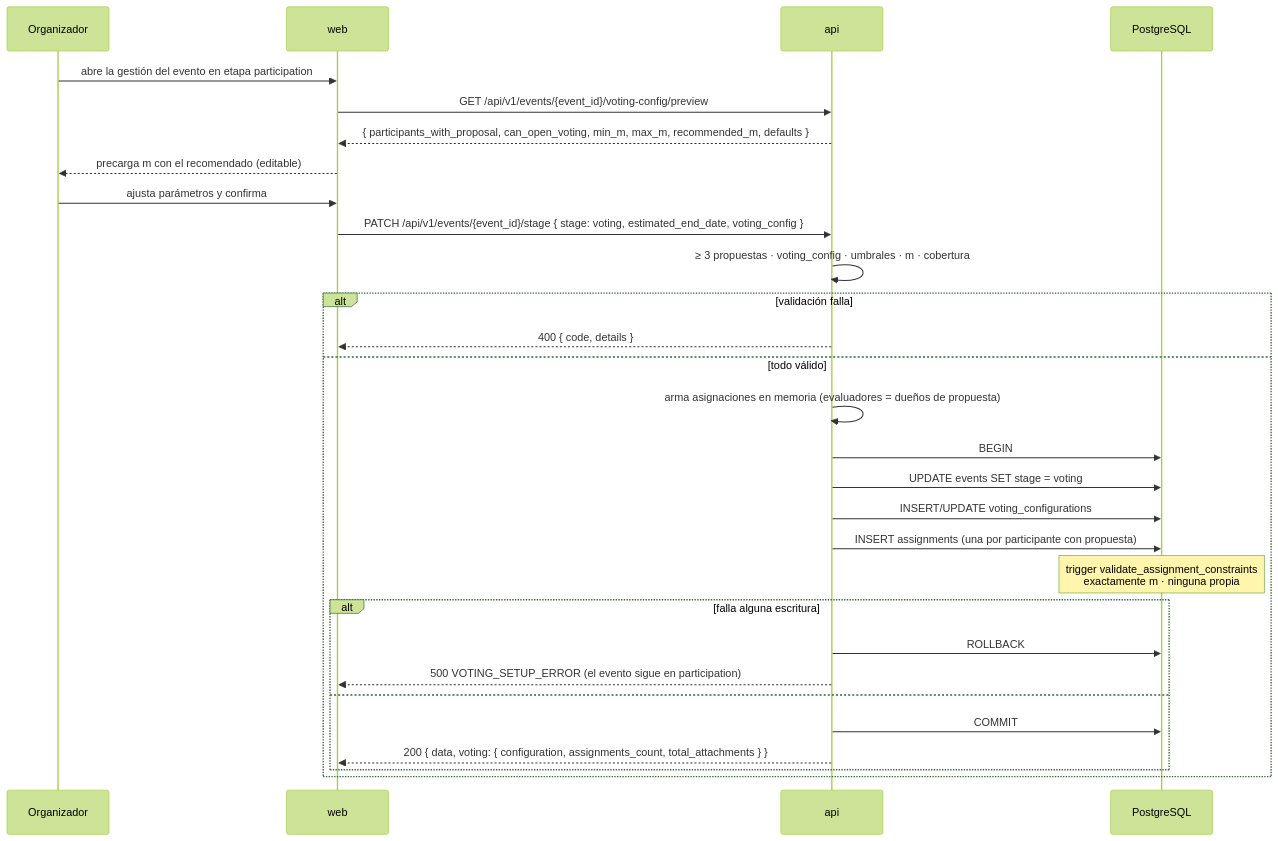
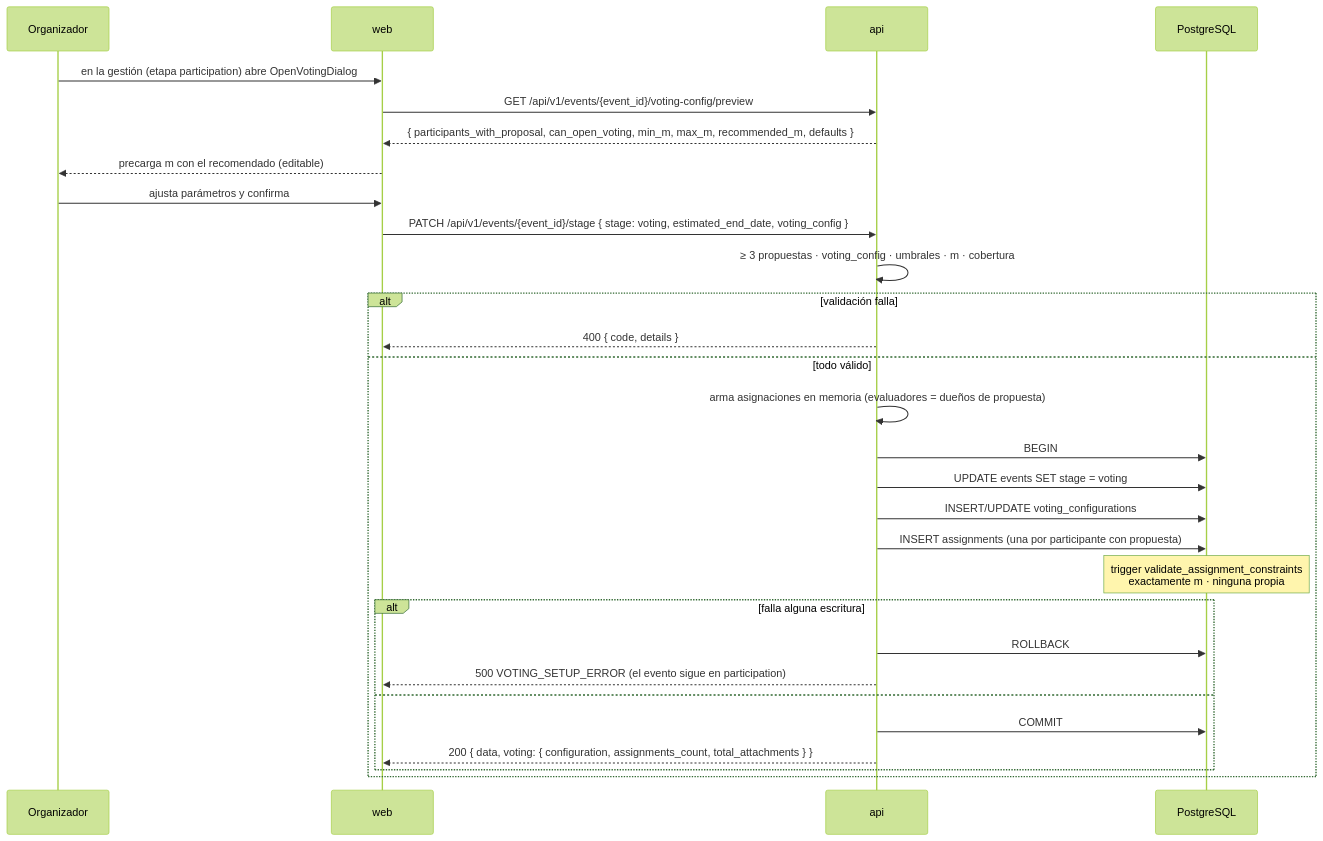
The diagram in docs/flows/configuracion-y-generacion-de-asignaciones.md (gravadigital/telescope), drawn with Mermaid (forest theme) before and after one commit. The commit also changed other lines of this file and 64 other files, not shown here.

First line of the commit message:
feat(story-S-016/web): gestión del organizador con diálogos por etapa

````diff
--- a/docs/flows/configuracion-y-generacion-de-asignaciones.md
+++ b/docs/flows/configuracion-y-generacion-de-asignaciones.md
@@ -51,33 +42,33 @@
 ```mermaid
 sequenceDiagram
     participant O as Organizador
     participant WEB as web
     participant API as api
     participant DB as PostgreSQL
 
-    O->>WEB: abre la gestión del evento en etapa participation
+    O->>WEB: en la gestión (etapa participation) abre OpenVotingDialog
     WEB->>API: GET /api/v1/events/{event_id}/voting-config/preview
     API-->>WEB: { participants_with_proposal, can_open_voting, min_m, max_m, recommended_m, defaults }
     WEB-->>O: precarga m con el recomendado (editable)
 
     O->>WEB: ajusta parámetros y confirma
     WEB->>API: PATCH /api/v1/events/{event_id}/stage { stage: voting, estimated_end_date, voting_config }
     API->>API: ≥ 3 propuestas · voting_config · umbrales · m · cobertura
     alt validación falla
         API-->>WEB: 400 { code, details }
     else todo válido
         API->>API: arma asignaciones en memoria (evaluadores = dueños de propuesta)
         API->>DB: BEGIN
         API->>DB: UPDATE events SET stage = voting
         API->>DB: INSERT/UPDATE voting_configurations
         API->>DB: INSERT assignments (una por participante con propuesta)
         Note over DB: trigger validate_assignment_constraints<br/>exactamente m · ninguna propia
         alt falla alguna escritura
             API->>DB: ROLLBACK
             API-->>WEB: 500 VOTING_SETUP_ERROR (el evento sigue en participation)
         else
             API->>DB: COMMIT
             API-->>WEB: 200 { data, voting: { configuration, assignments_count, total_attachments } }
         end
     end
 ```
````
